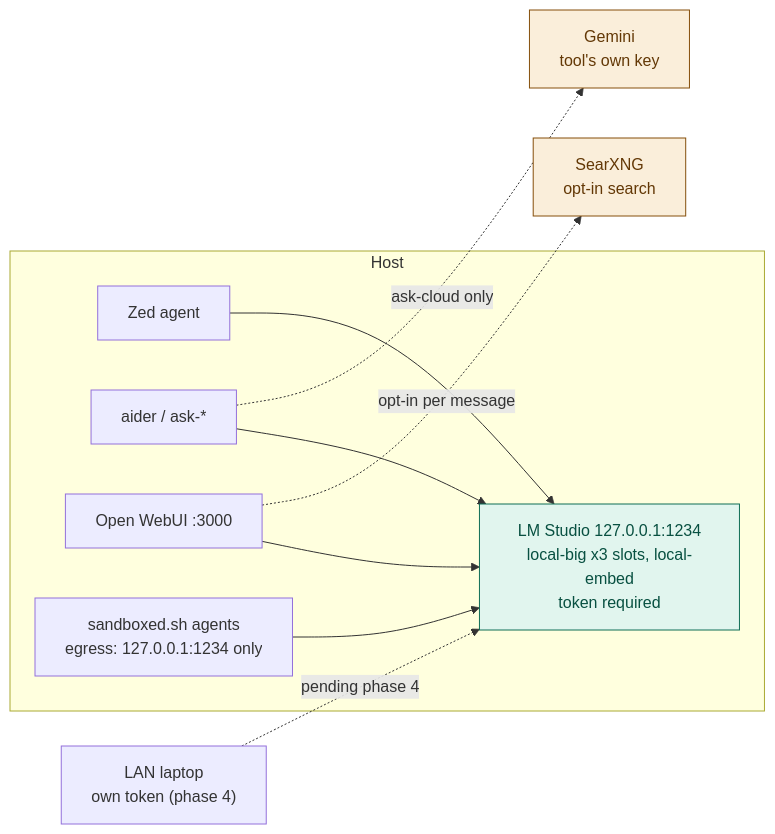
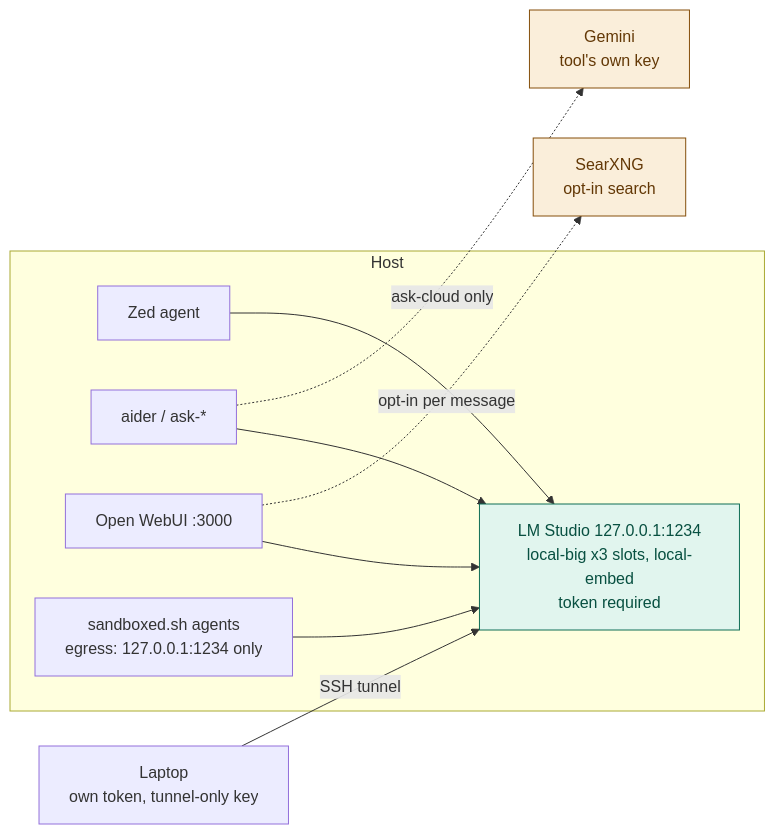
One commit to ouster/hearth changed the diagram in README.md. Above: the diagram before and after it, drawn with Mermaid. The commit also changed other lines of this file and 11 other files, not shown here.

First line of the commit message:
Phase 4 host side: laptops reach LM Studio through an SSH tunnel (D8).

````diff
--- a/README.md
+++ b/README.md
@@ -26,26 +26,26 @@
 ```mermaid
 flowchart LR
     subgraph host["Host"]
         zed["Zed agent"]
         aider["aider / ask-*"]
         webui["Open WebUI :3000"]
         sbx["sandboxed.sh agents<br/>egress: 127.0.0.1:1234 only"]
         lms["LM Studio 127.0.0.1:1234<br/>local-big x3 slots, local-embed<br/>token required"]
     end
-    laptop["LAN laptop<br/>own token (phase 4)"]
+    laptop["Laptop<br/>own token, tunnel-only key"]
     cloud["Gemini<br/>tool's own key"]
     searx["SearXNG<br/>opt-in search"]
 
     zed --> lms
     aider --> lms
     webui --> lms
     sbx --> lms
-    laptop -.->|"pending phase 4"| lms
+    laptop -->|"SSH tunnel"| lms
     aider -.->|"ask-cloud only"| cloud
     webui -.->|"opt-in per message"| searx
 
     classDef localCls fill:#E1F5EE,stroke:#0F6E56,color:#085041
     classDef leaveCls fill:#FAEEDA,stroke:#854F0B,color:#633806
     class lms localCls
     class cloud,searx leaveCls
 ```
````
